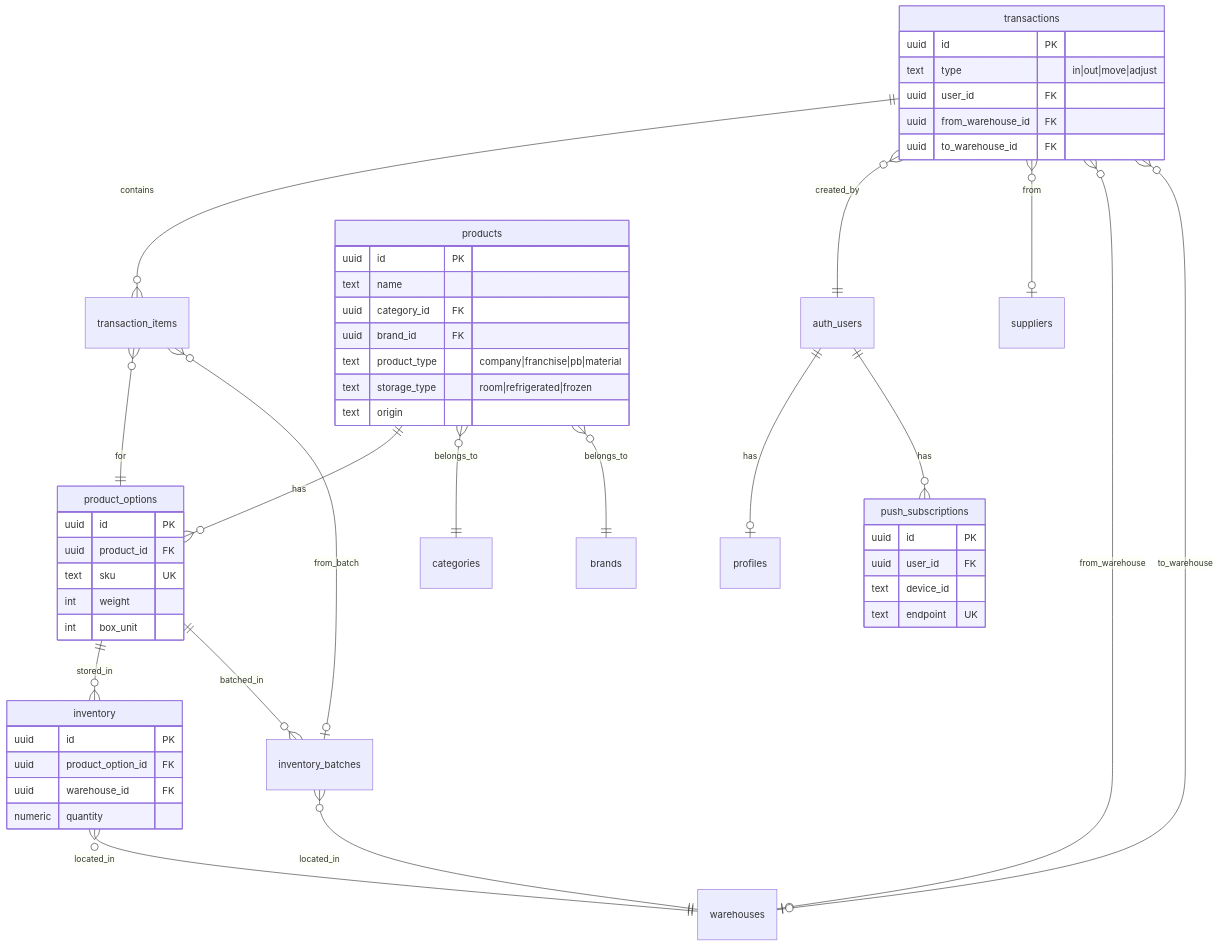
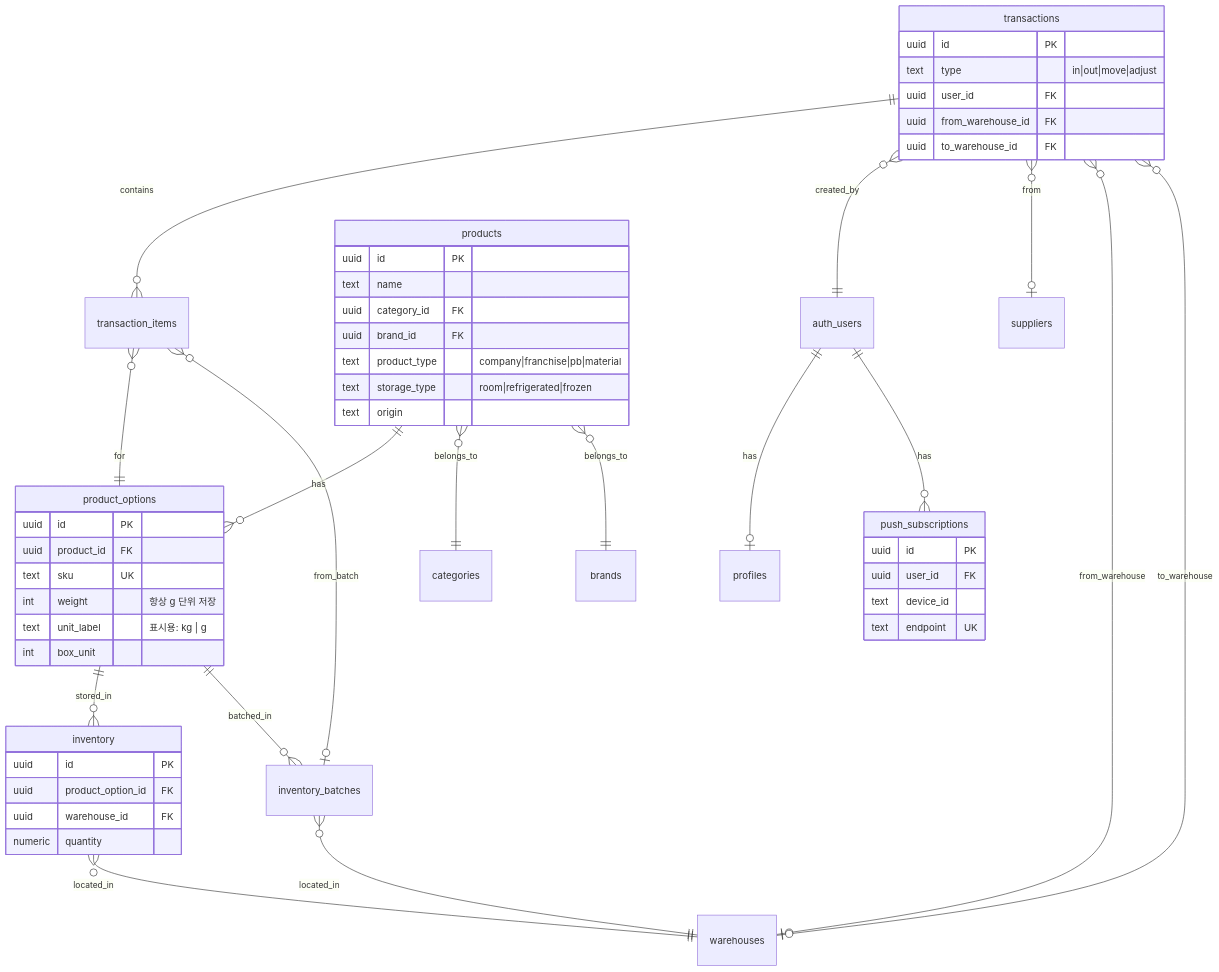
Before and after one commit to enjoylonelines/stock-cock: the fourth of 5 diagrams in README.md, drawn with Mermaid. The commit also changed other lines of this file and 4 other files, not shown here.

````diff
--- a/README.md
+++ b/README.md
@@ -392,64 +397,65 @@
 ```mermaid
 erDiagram
     auth_users ||--o| profiles : has
     auth_users ||--o{ push_subscriptions : has
 
     products ||--o{ product_options : has
     products }o--|| categories : belongs_to
     products }o--|| brands : belongs_to
 
     product_options ||--o{ inventory : stored_in
     product_options ||--o{ inventory_batches : batched_in
 
     inventory }o--|| warehouses : located_in
     inventory_batches }o--|| warehouses : located_in
 
     transactions ||--o{ transaction_items : contains
     transactions }o--|| auth_users : created_by
     transactions }o--o| suppliers : from
     transactions }o--o| warehouses : from_warehouse
     transactions }o--o| warehouses : to_warehouse
 
     transaction_items }o--|| product_options : for
     transaction_items }o--o| inventory_batches : from_batch
 
     products {
         uuid id PK
         text name
         uuid category_id FK
         uuid brand_id FK
         text product_type "company|franchise|pb|material"
         text storage_type "room|refrigerated|frozen"
         text origin
     }
 
     product_options {
         uuid id PK
         uuid product_id FK
         text sku UK
-        int weight
+        int weight "항상 g 단위 저장"
+        text unit_label "표시용: kg | g"
         int box_unit
     }
 
     inventory {
         uuid id PK
         uuid product_option_id FK
         uuid warehouse_id FK
         numeric quantity
     }
 
     transactions {
         uuid id PK
         text type "in|out|move|adjust"
         uuid user_id FK
         uuid from_warehouse_id FK
         uuid to_warehouse_id FK
     }
 
     push_subscriptions {
         uuid id PK
         uuid user_id FK
         text device_id
         text endpoint UK
     }
 ```
````
